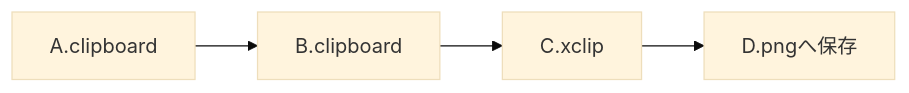
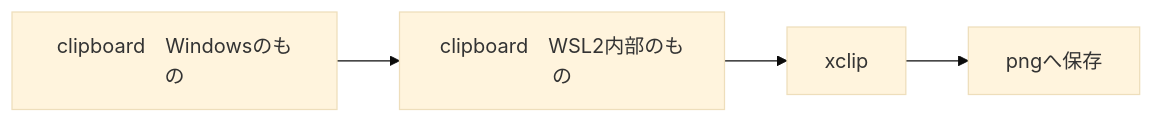
Before and after one commit to metaproxy-technologies/pages: the second of 3 diagrams in docs/_posts/2021-12-22-pasteImageWithWSL2.md, drawn with Mermaid (base theme). The commit also changed other lines of this file and 3 other files, not shown here.

````diff
--- a/docs/_posts/2021-12-22-pasteImageWithWSL2.md
+++ b/docs/_posts/2021-12-22-pasteImageWithWSL2.md
@@ -48,10 +48,10 @@
 ```mermaid
 graph LR
-  A[A.clipboard <Windows内部>]
-  B[B.clipboard <WSL2内部>]
-  C[C.xclip]
-  D[D.pngへ保存]
+  A[clipboard　Windowsのもの]
+  B[clipboard　WSL2内部のもの]
+  C[xclip]
+  D[pngへ保存]
   A --> B
   B --> C
   C --> D
 ```
````
